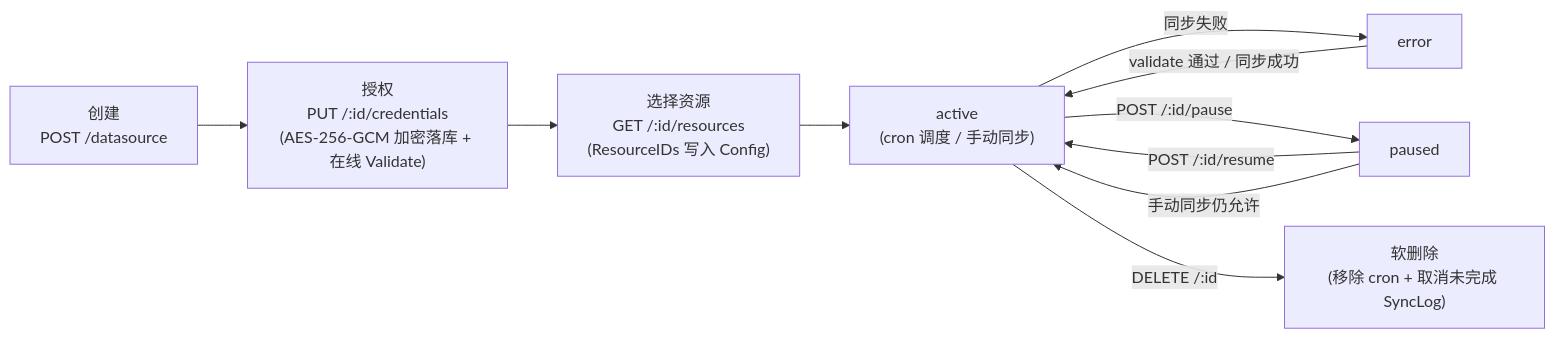
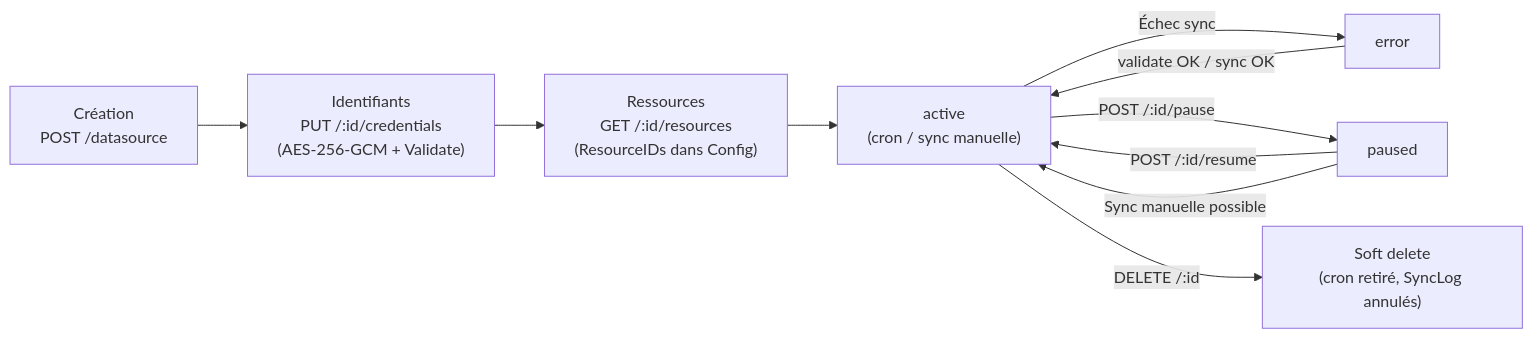
One commit to samiriggui-code/gsms-template changed the first of 2 diagrams in website-docs/03-features/10-datasource.md. Above: the diagram before and after it, drawn with Mermaid. The commit also changed other lines of this file and 301 other files, not shown here.

````diff
--- a/website-docs/03-features/10-datasource.md
+++ b/website-docs/03-features/10-datasource.md
@@ -281,12 +169,12 @@
 ```mermaid
 flowchart LR
-    A["创建<br/>POST /datasource"] --> B["授权<br/>PUT /:id/credentials<br/>(AES-256-GCM 加密落库 + 在线 Validate)"]
-    B --> C["选择资源<br/>GET /:id/resources<br/>(ResourceIDs 写入 Config)"]
-    C --> D["active<br/>(cron 调度 / 手动同步)"]
-    D -- "同步失败" --> E["error"]
-    E -- "validate 通过 / 同步成功" --> D
+    A["Création<br/>POST /datasource"] --> B["Identifiants<br/>PUT /:id/credentials<br/>(AES-256-GCM + Validate)"]
+    B --> C["Ressources<br/>GET /:id/resources<br/>(ResourceIDs dans Config)"]
+    C --> D["active<br/>(cron / sync manuelle)"]
+    D -- "Échec sync" --> E["error"]
+    E -- "validate OK / sync OK" --> D
     D -- "POST /:id/pause" --> F["paused"]
     F -- "POST /:id/resume" --> D
-    F -- "手动同步仍允许" --> D
-    D -- "DELETE /:id" --> G["软删除<br/>(移除 cron + 取消未完成 SyncLog)"]
+    F -- "Sync manuelle possible" --> D
+    D -- "DELETE /:id" --> G["Soft delete<br/>(cron retiré, SyncLog annulés)"]
 ```
````
